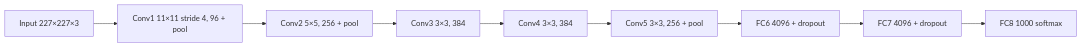
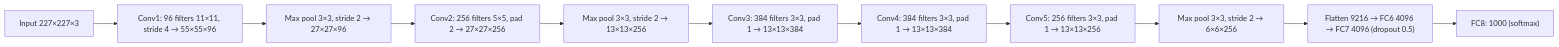
The third of 6 diagrams in content/deep-learning/notes/cnn-architectures.hi.mdx (TrendySloth1001/sem-seven-notes), drawn with Mermaid before and after one commit. The commit also changed other lines of this file and 186 other files, not shown here.

````diff
--- a/content/deep-learning/notes/cnn-architectures.hi.mdx
+++ b/content/deep-learning/notes/cnn-architectures.hi.mdx
@@ -201,12 +235,14 @@
 ```mermaid
-%% caption: AlexNet. Paanch convolution layers features dhoondhti hain, 1st, 2nd aur 5th ke baad max pooling. Teen fully connected layers, do dropout ke saath, decision leti hain.
+%% caption: Har layer ke baad shape ke saath AlexNet. Har convolution ke baad ReLU; dropout 0.5 do bade fully connected layers par.
 flowchart LR
-  A["Input 227×227×3"] --> B["Conv1 11×11 stride 4, 96 + pool"]
-  B --> C["Conv2 5×5, 256 + pool"]
-  C --> D["Conv3 3×3, 384"]
-  D --> E["Conv4 3×3, 384"]
-  E --> F["Conv5 3×3, 256 + pool"]
-  F --> G["FC6 4096 + dropout"]
-  G --> H["FC7 4096 + dropout"]
-  H --> I["FC8 1000 softmax"]
+  A["Input 227×227×3"] --> B["Conv1: 96 filters 11×11, stride 4 → 55×55×96"]
+  B --> C["Max pool 3×3, stride 2 → 27×27×96"]
+  C --> D["Conv2: 256 filters 5×5, pad 2 → 27×27×256"]
+  D --> E["Max pool 3×3, stride 2 → 13×13×256"]
+  E --> F["Conv3: 384 filters 3×3, pad 1 → 13×13×384"]
+  F --> G["Conv4: 384 filters 3×3, pad 1 → 13×13×384"]
+  G --> H["Conv5: 256 filters 3×3, pad 1 → 13×13×256"]
+  H --> I["Max pool 3×3, stride 2 → 6×6×256"]
+  I --> J["Flatten 9216 → FC6 4096 → FC7 4096 (dropout 0.5)"]
+  J --> K["FC8: 1000 (softmax)"]
 ```
````
